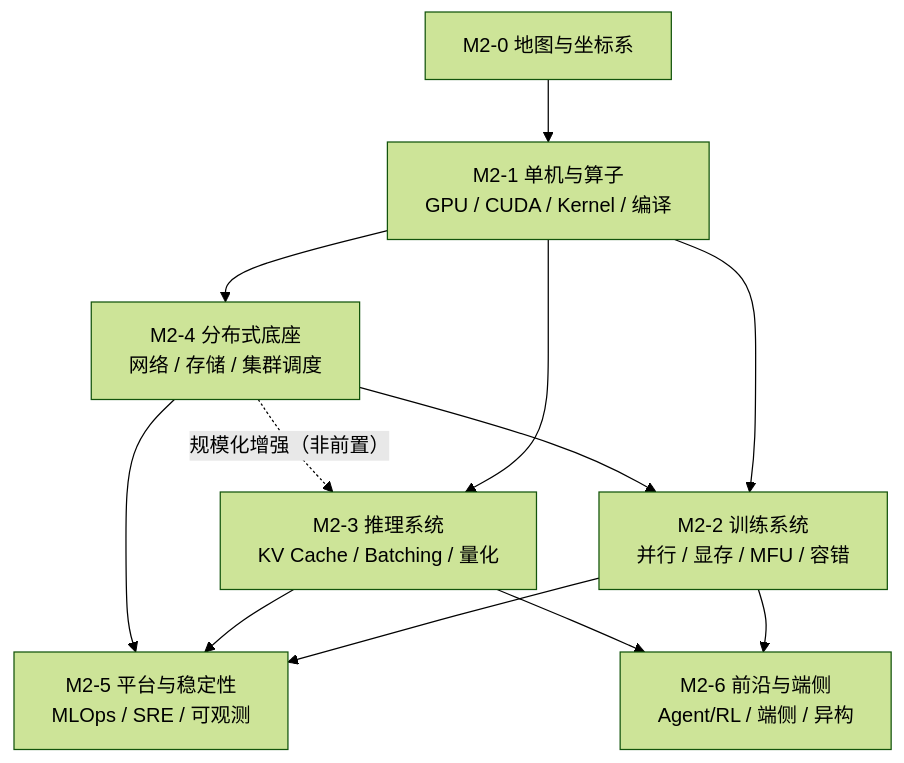
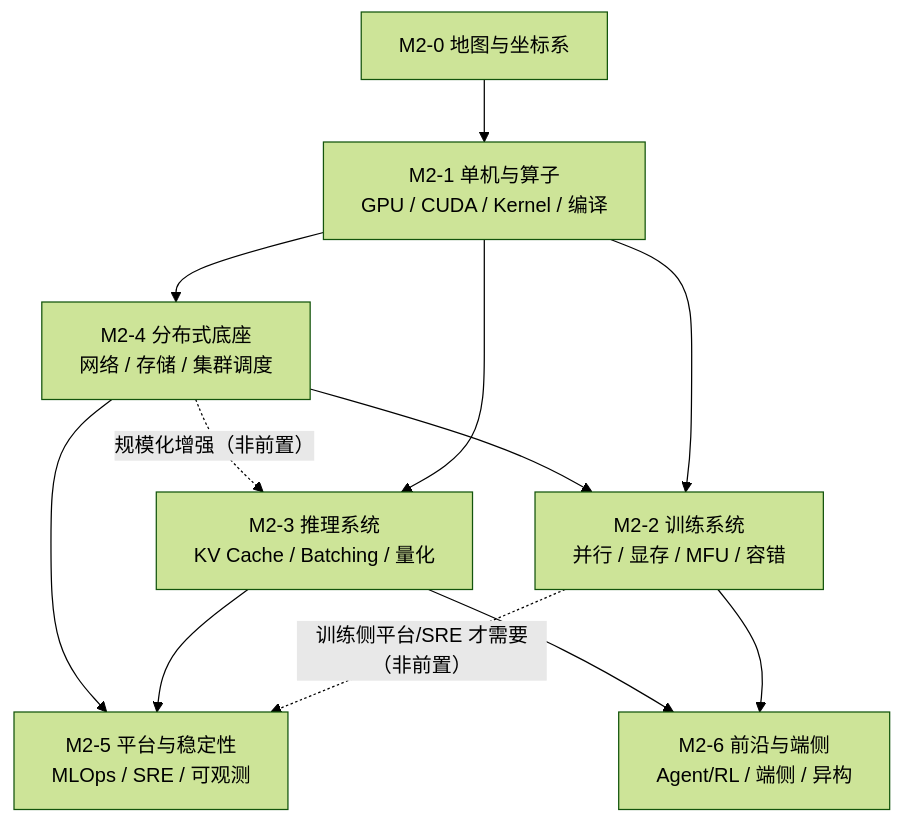
The diagram in docs/notes/20_ai_infra_map.md (Xingkai98/ai-infra-notes-site), drawn with Mermaid (forest theme) before and after one commit. The commit also changed other lines of this file and 7 other files, not shown here.

````diff
--- a/docs/notes/20_ai_infra_map.md
+++ b/docs/notes/20_ai_infra_map.md
@@ -27,14 +29,14 @@
 ```mermaid
 graph TD
   L0["M2-0 地图与坐标系"] --> L1["M2-1 单机与算子<br/>GPU / CUDA / Kernel / 编译"]
   L1 --> L2["M2-2 训练系统<br/>并行 / 显存 / MFU / 容错"]
   L1 --> L3["M2-3 推理系统<br/>KV Cache / Batching / 量化"]
   L1 --> L4["M2-4 分布式底座<br/>网络 / 存储 / 集群调度"]
   L4 --> L2
   L4 -.->|"规模化增强（非前置）"| L3
-  L2 --> L5["M2-5 平台与稳定性<br/>MLOps / SRE / 可观测"]
+  L2 -.->|"训练侧平台/SRE 才需要（非前置）"| L5["M2-5 平台与稳定性<br/>MLOps / SRE / 可观测"]
   L3 --> L5
   L4 --> L5
   L2 --> L6["M2-6 前沿与端侧<br/>Agent/RL / 端侧 / 异构"]
   L3 --> L6
 ```
````
